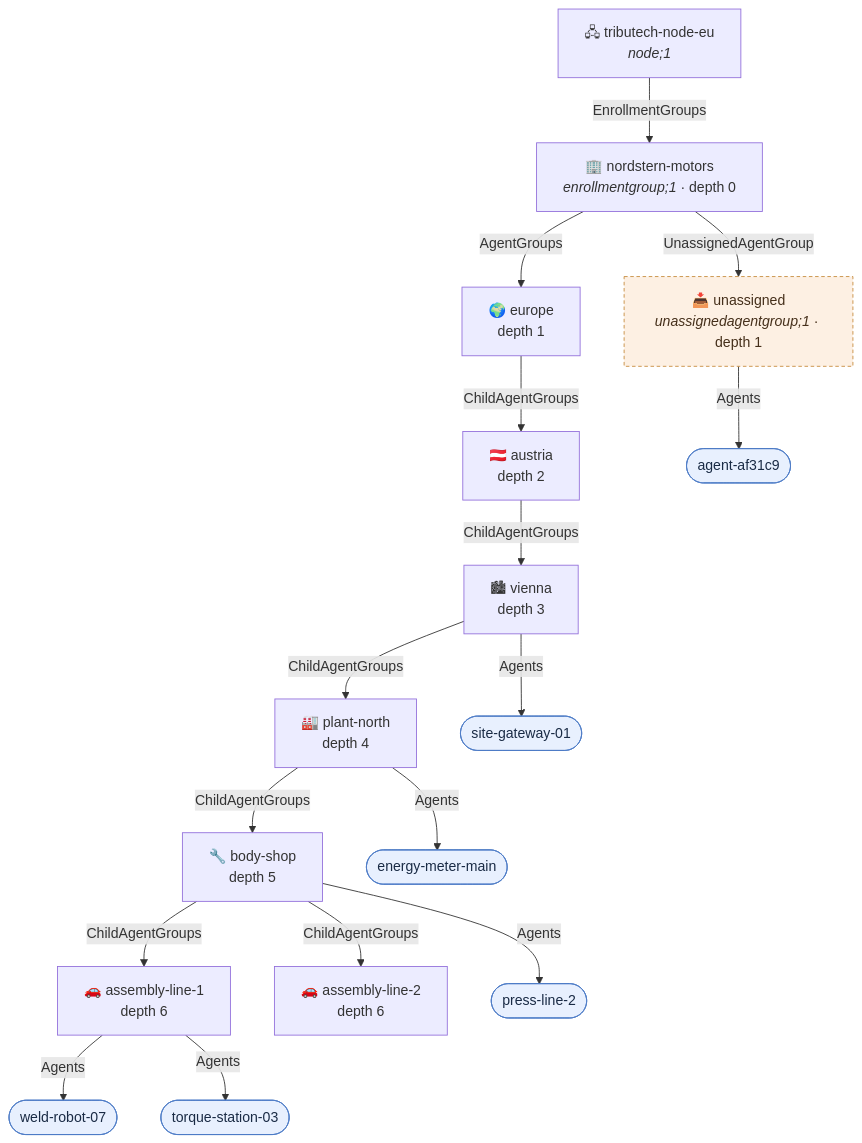
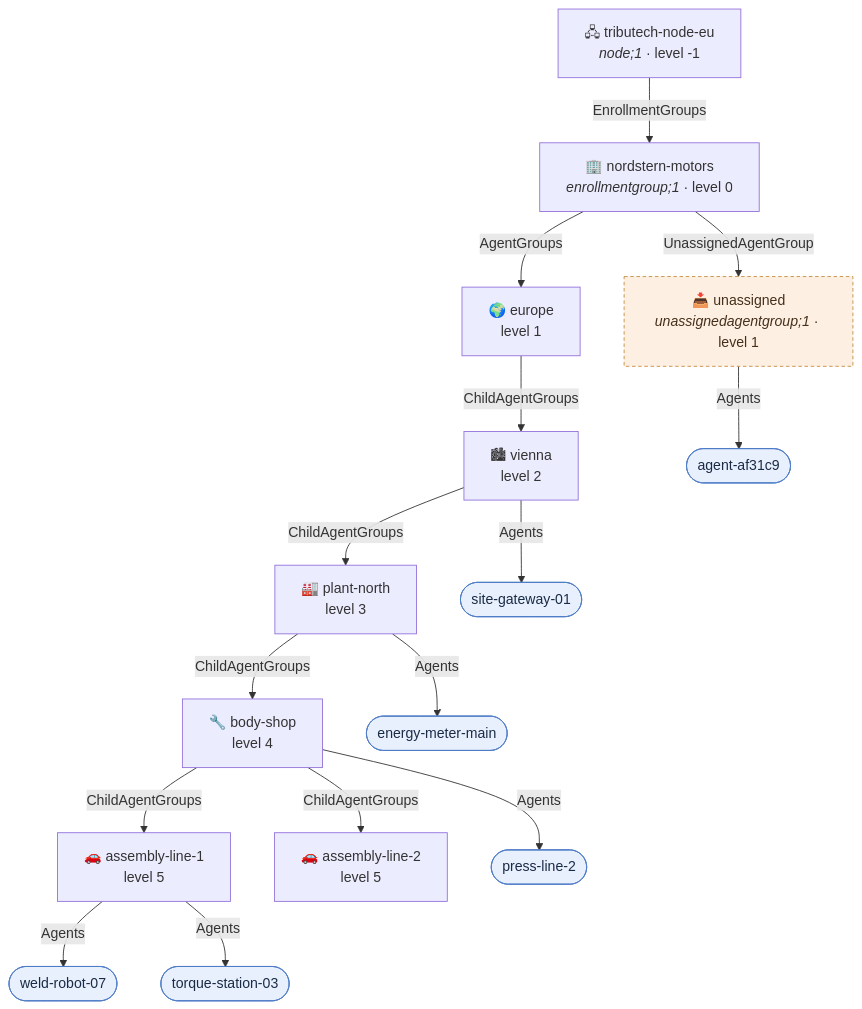
One commit to tributech-solutions/data-asset-twin-v2 changed the diagram in examples/uns-demo.md. Above: the diagram before and after it, drawn with Mermaid. The commit also changed other lines of this file and 1 other file, not shown here.

Commit message:
fix: uns example

````diff
--- a/examples/uns-demo.md
+++ b/examples/uns-demo.md
@@ -8,45 +12,43 @@
 ```mermaid
 graph TD
-  N["🖧 tributech-node-eu<br/><i>node;1</i>"]
-  EG["🏢 nordstern-motors<br/><i>enrollmentgroup;1</i> · depth 0"]
+  N["🖧 tributech-node-eu<br/><i>node;1</i> · level -1"]
+  EG["🏢 nordstern-motors<br/><i>enrollmentgroup;1</i> · level 0"]
 
-  G1["🌍 europe<br/>depth 1"]
-  G2["🇦🇹 austria<br/>depth 2"]
-  G3["🏙 vienna<br/>depth 3"]
-  G4["🏭 plant-north<br/>depth 4"]
-  G5["🔧 body-shop<br/>depth 5"]
-  G6A["🚗 assembly-line-1<br/>depth 6"]
-  G6B["🚗 assembly-line-2<br/>depth 6"]
+  G1["🌍 europe<br/>level 1"]
+  G2["🏙 vienna<br/>level 2"]
+  G3["🏭 plant-north<br/>level 3"]
+  G4["🔧 body-shop<br/>level 4"]
+  G5A["🚗 assembly-line-1<br/>level 5"]
+  G5B["🚗 assembly-line-2<br/>level 5"]
 
-  U["📥 unassigned<br/><i>unassignedagentgroup;1</i> · depth 1"]
+  U["📥 unassigned<br/><i>unassignedagentgroup;1</i> · level 1"]
 
   A1(["site-gateway-01"])
   A2(["energy-meter-main"])
   A3(["press-line-2"])
   A4(["weld-robot-07"])
   A5(["torque-station-03"])
   A6(["agent-af31c9"])
 
   N -->|EnrollmentGroups| EG
   EG -->|AgentGroups| G1
   EG -->|UnassignedAgentGroup| U
 
   G1 -->|ChildAgentGroups| G2
   G2 -->|ChildAgentGroups| G3
   G3 -->|ChildAgentGroups| G4
-  G4 -->|ChildAgentGroups| G5
-  G5 -->|ChildAgentGroups| G6A
-  G5 -->|ChildAgentGroups| G6B
+  G4 -->|ChildAgentGroups| G5A
+  G4 -->|ChildAgentGroups| G5B
 
-  G3 -->|Agents| A1
-  G4 -->|Agents| A2
-  G5 -->|Agents| A3
-  G6A -->|Agents| A4
-  G6A -->|Agents| A5
+  G2 -->|Agents| A1
+  G3 -->|Agents| A2
+  G4 -->|Agents| A3
+  G5A -->|Agents| A4
+  G5A -->|Agents| A5
   U -->|Agents| A6
 
   classDef agent fill:#e8f0fe,stroke:#4d7cc7,color:#1a2b45
   classDef reserved fill:#fdf0e3,stroke:#c78b3d,color:#452f1a,stroke-dasharray:4 3
   class A1,A2,A3,A4,A5,A6 agent
   class U reserved
 ```
````
